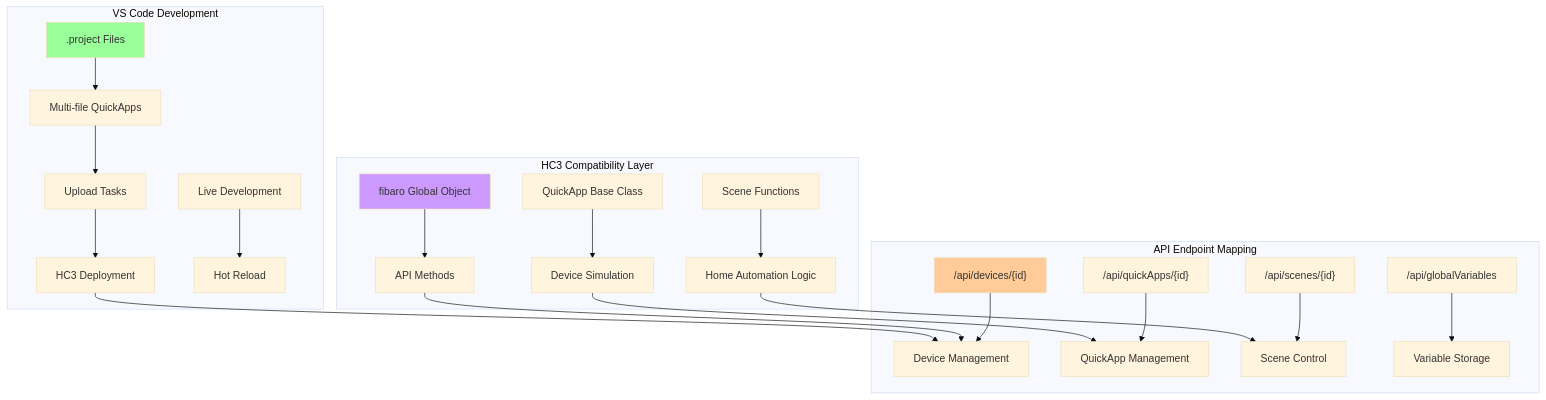
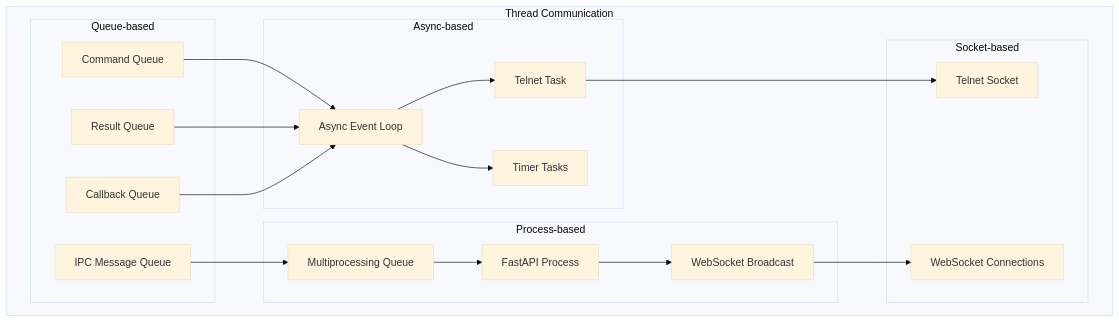
Diagram 15 of 18 in ARCHITECTURE.md (jangabrielsson/plua), drawn with Mermaid (base theme) before and after one commit. The commit also changed other lines of this file and 404 other files, not shown here.

````diff
--- a/ARCHITECTURE.md
+++ b/ARCHITECTURE.md
@@ -592,32 +483,39 @@
 ```mermaid
 graph TB
-    subgraph "HC3 Compatibility Layer"
-        A[fibaro Global Object] --> B[API Methods]
-        C[QuickApp Base Class] --> D[Device Simulation]
-        E[Scene Functions] --> F[Home Automation Logic]
+    subgraph "Thread Communication"
+        subgraph "Queue-based"
+            CMD_QUEUE[Command Queue]
+            RESULT_QUEUE[Result Queue]
+            CALLBACK_QUEUE[Callback Queue]
+            IPC_QUEUE[IPC Message Queue]
+        end
+        
+        subgraph "Process-based"
+            FASTAPI_PROCESS[FastAPI Process]
+            IPC_MULTIPROCESSING[Multiprocessing Queue]
+            WEBSOCKET_BROADCAST[WebSocket Broadcast]
+        end
+        
+        subgraph "Async-based"
+            ASYNC_LOOP[Async Event Loop]
+            TELNET_TASK[Telnet Task]
+            TIMER_TASKS[Timer Tasks]
+        end
+        
+        subgraph "Socket-based"
+            TELNET_SOCKET[Telnet Socket]
+            WEBSOCKET[WebSocket Connections]
+        end
     end
     
-    subgraph "API Endpoint Mapping"
-        G["/api/devices/{id}"] --> H[Device Management]
-        I["/api/quickApps/{id}"] --> J[QuickApp Management]
-        K["/api/scenes/{id}"] --> L[Scene Control]
-        M["/api/globalVariables"] --> N[Variable Storage]
-    end
-    
-    subgraph "VS Code Development"
-        O[.project Files] --> P[Multi-file QuickApps]
-        Q[Upload Tasks] --> R[HC3 Deployment]
-        S[Live Development] --> T[Hot Reload]
-    end
-    
-    B --> H
-    D --> J
-    F --> L
-    
-    P --> Q
-    R --> H
-    
-    style A fill:#cc99ff
-    style O fill:#99ff99
-    style G fill:#ffcc99
+    CMD_QUEUE --> ASYNC_LOOP
+    RESULT_QUEUE --> ASYNC_LOOP
+    CALLBACK_QUEUE --> ASYNC_LOOP
+    IPC_QUEUE --> IPC_MULTIPROCESSING
+    IPC_MULTIPROCESSING --> FASTAPI_PROCESS
+    FASTAPI_PROCESS --> WEBSOCKET_BROADCAST
+    WEBSOCKET_BROADCAST --> WEBSOCKET
+    ASYNC_LOOP --> TELNET_TASK
+    ASYNC_LOOP --> TIMER_TASKS
+    TELNET_TASK --> TELNET_SOCKET
 ```
````
